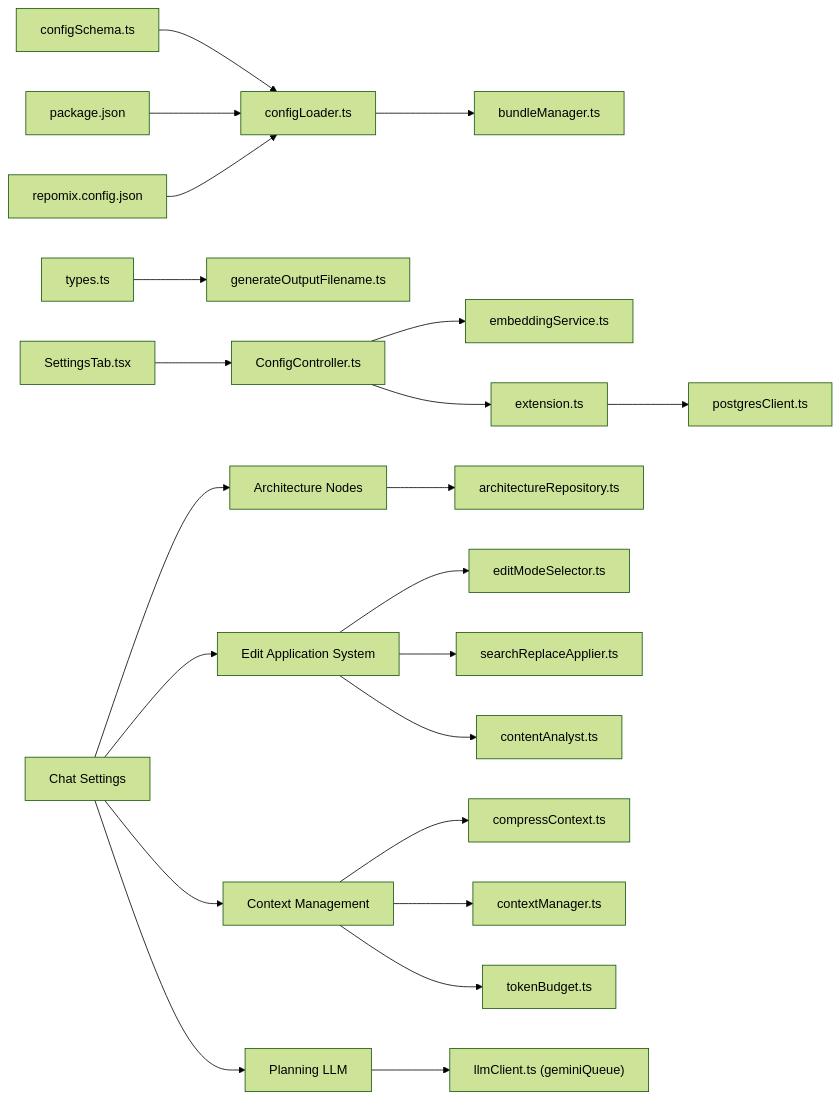
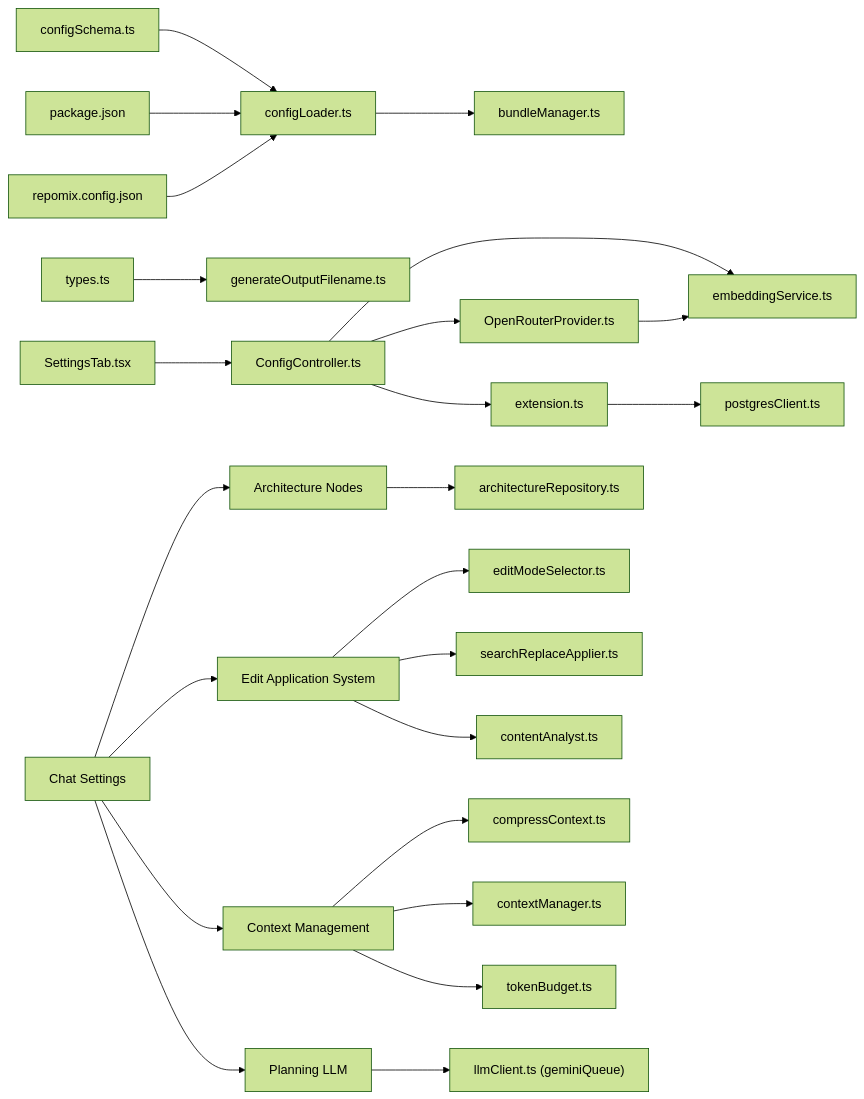
One commit to bramburn/repomix-runner changed diagram 11 of 11 in .qoder/repowiki/en/content/Configuration Management/Configuration Management.md. Above: the diagram before and after it, drawn with Mermaid (forest theme). The commit also changed other lines of this file and 14 other files, not shown here.

````diff
--- a/.qoder/repowiki/en/content/Configuration Management/Configuration Management.md
+++ b/.qoder/repowiki/en/content/Configuration Management/Configuration Management.md
@@ -828,24 +924,26 @@
 ```mermaid
 graph LR
 CSCH["configSchema.ts"] --> CLDR["configLoader.ts"]
 PJSON["package.json"] --> CLDR
 RCFG["repomix.config.json"] --> CLDR
 CLDR --> BMGR["bundleManager.ts"]
 BTYP["types.ts"] --> GFNM["generateOutputFilename.ts"]
 SETAB["SettingsTab.tsx"] --> CCTL["ConfigController.ts"]
 CCTL --> EMB["embeddingService.ts"]
+CCTL --> OPROV["OpenRouterProvider.ts"]
 EXT["extension.ts"] --> PGCLIENT["postgresClient.ts"]
 CCTL --> EXT
 CHATCFG["Chat Settings"] --> ARCHNODES["Architecture Nodes"]
 CHATCFG --> EDITAPPLIER["Edit Application System"]
 CHATCFG --> CONTEXTMGR["Context Management"]
 CHATCFG --> PLANNING["Planning LLM"]
 ARCHNODES --> ARCREPO["architectureRepository.ts"]
 EDITAPPLIER --> EDITMODE["editModeSelector.ts"]
 EDITAPPLIER --> SEARCHAP["searchReplaceApplier.ts"]
 EDITAPPLIER --> CONTENTAN["contentAnalyst.ts"]
 CONTEXTMGR --> COMPCTX["compressContext.ts"]
 CONTEXTMGR --> CTXMAN["contextManager.ts"]
 CONTEXTMGR --> TKBUDGET["tokenBudget.ts"]
 PLANNING --> LLMQ["llmClient.ts (geminiQueue)"]
+OPROV --> EMB
 ```
````
